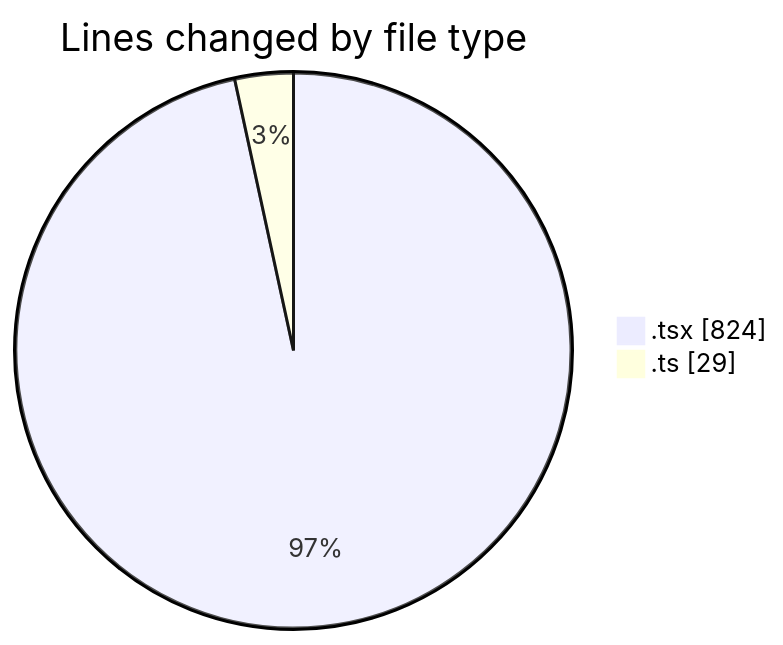
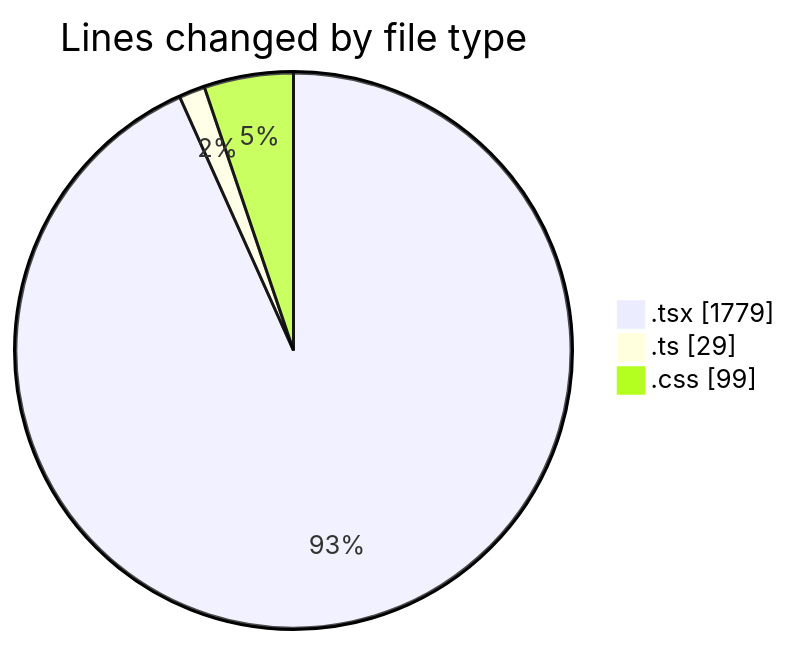
Before and after one commit to nxtqubesakshisongat/code-tracking: the first of 2 diagrams in 2026-07-26/nxtqube_webapp/README.md, drawn with Mermaid. The commit also changed other lines of this file and 1 other file, not shown here.

````diff
--- a/2026-07-26/nxtqube_webapp/README.md
+++ b/2026-07-26/nxtqube_webapp/README.md
@@ -28,6 +33,7 @@
 ```mermaid
 pie showData
 title Lines changed by file type
-".tsx" : 824
+".tsx" : 1779
 ".ts" : 29
+".css" : 99
 ```
````
